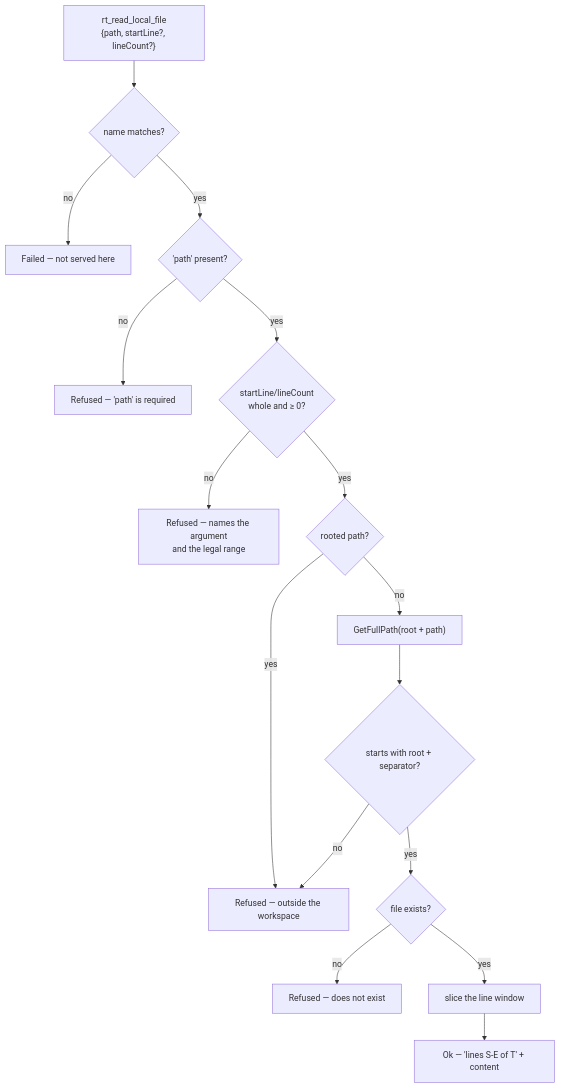
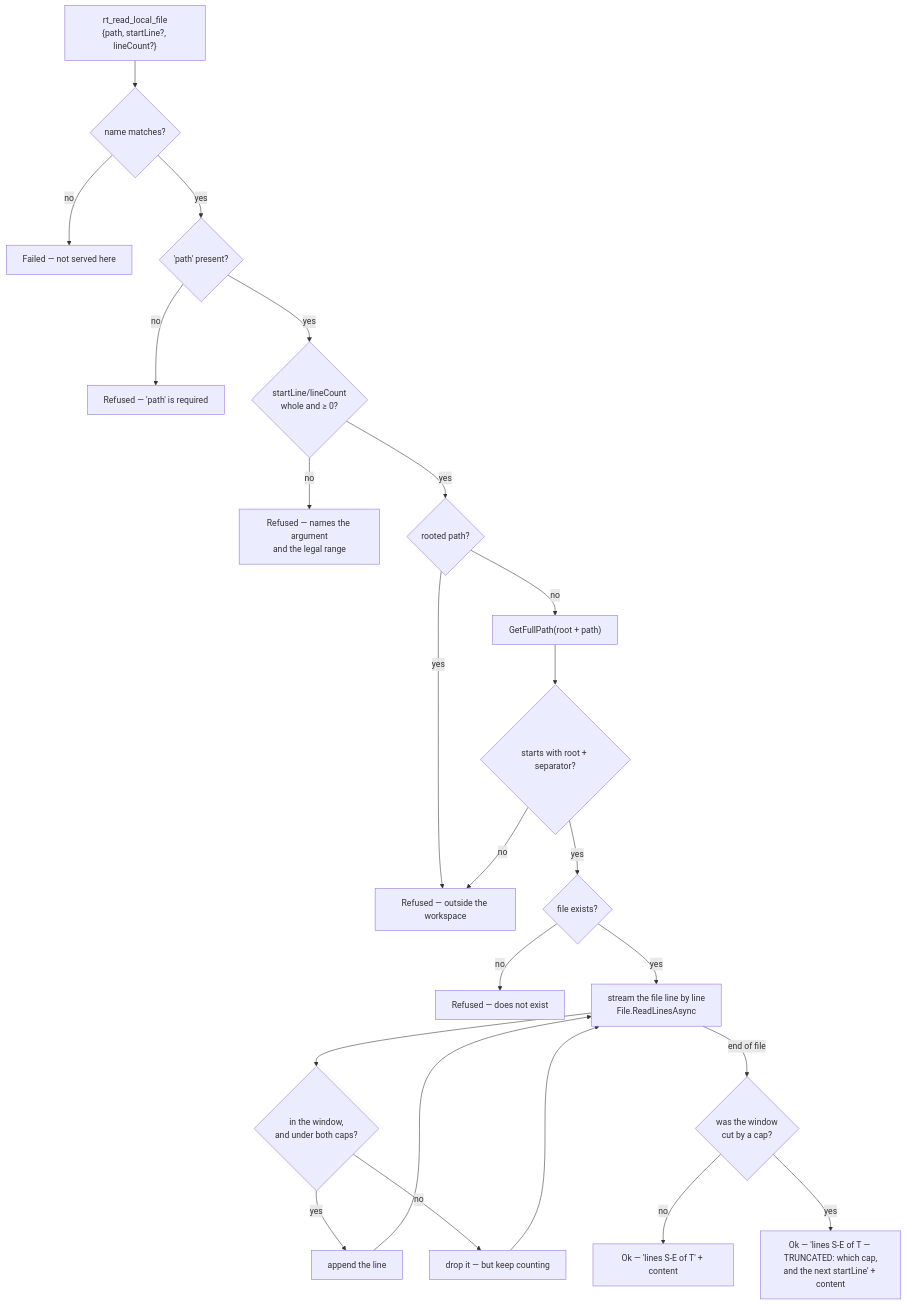
Before and after one commit to oleksandrdubyna88/dew_flow_mcp: the diagram in research/module_workspace_tools.md, drawn with Mermaid. The commit also changed other lines of this file and 11 other files, not shown here.

````diff
--- a/research/module_workspace_tools.md
+++ b/research/module_workspace_tools.md
@@ -17,18 +17,25 @@
 ```mermaid
 flowchart TD
     CALL["rt_read_local_file<br/>{path, startLine?, lineCount?}"] --> NAME{"name matches?"}
     NAME -->|no| WRONG["Failed — not served here"]
     NAME -->|yes| PATH{"'path' present?"}
     PATH -->|no| MISSING["Refused — 'path' is required"]
     PATH -->|yes| NUMBERS{"startLine/lineCount<br/>whole and ≥ 0?"}
     NUMBERS -->|no| RANGE["Refused — names the argument<br/>and the legal range"]
     NUMBERS -->|yes| ROOTED{"rooted path?"}
     ROOTED -->|yes| OUT["Refused — outside the workspace"]
     ROOTED -->|no| RESOLVE["GetFullPath(root + path)"]
     RESOLVE --> INSIDE{"starts with root + separator?"}
     INSIDE -->|no| OUT
     INSIDE -->|yes| EXISTS{"file exists?"}
     EXISTS -->|no| ABSENT["Refused — does not exist"]
-    EXISTS -->|yes| WINDOW["slice the line window"]
-    WINDOW --> OK["Ok — 'lines S-E of T' + content"]
+    EXISTS -->|yes| STREAM["stream the file line by line<br/>File.ReadLinesAsync"]
+    STREAM --> KEEP{"in the window,<br/>and under both caps?"}
+    KEEP -->|yes| TAKE["append the line"]
+    KEEP -->|no| COUNT["drop it — but keep counting"]
+    TAKE --> STREAM
+    COUNT --> STREAM
+    STREAM -->|end of file| CLIP{"was the window<br/>cut by a cap?"}
+    CLIP -->|no| OK["Ok — 'lines S-E of T' + content"]
+    CLIP -->|yes| CUT["Ok — 'lines S-E of T — TRUNCATED: which cap,<br/>and the next startLine' + content"]
 ```
````
